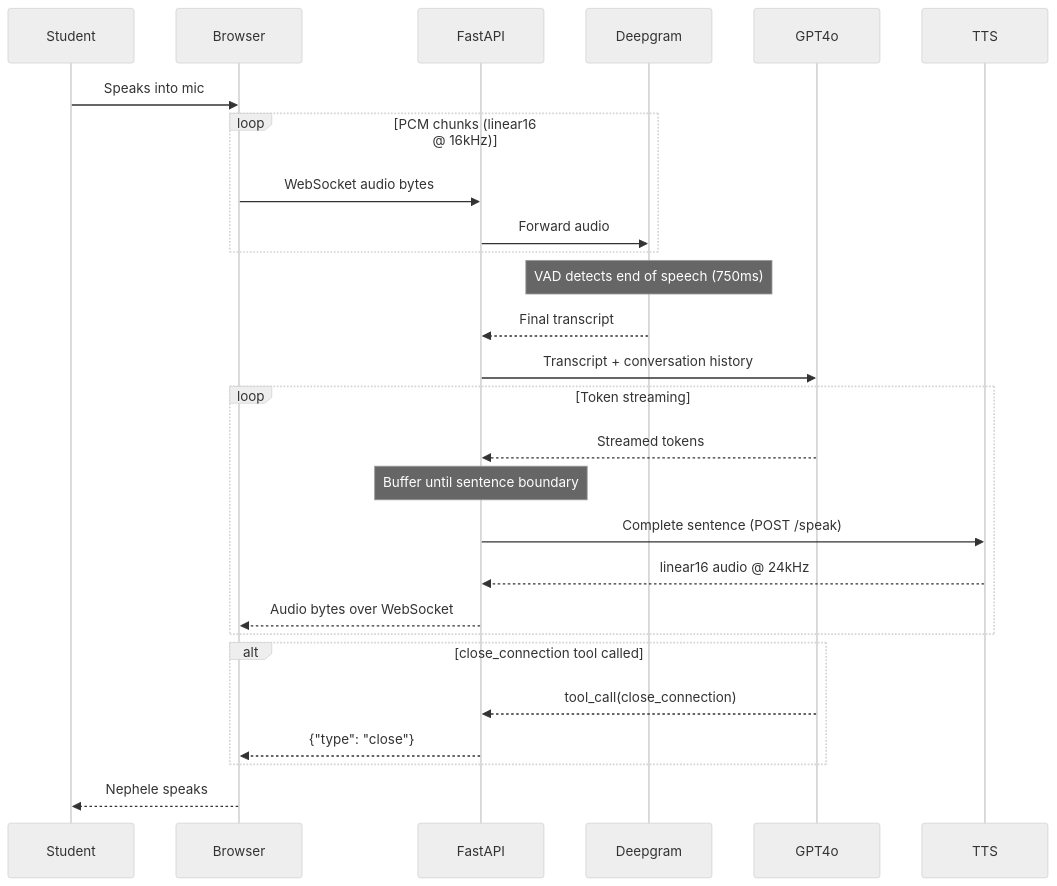
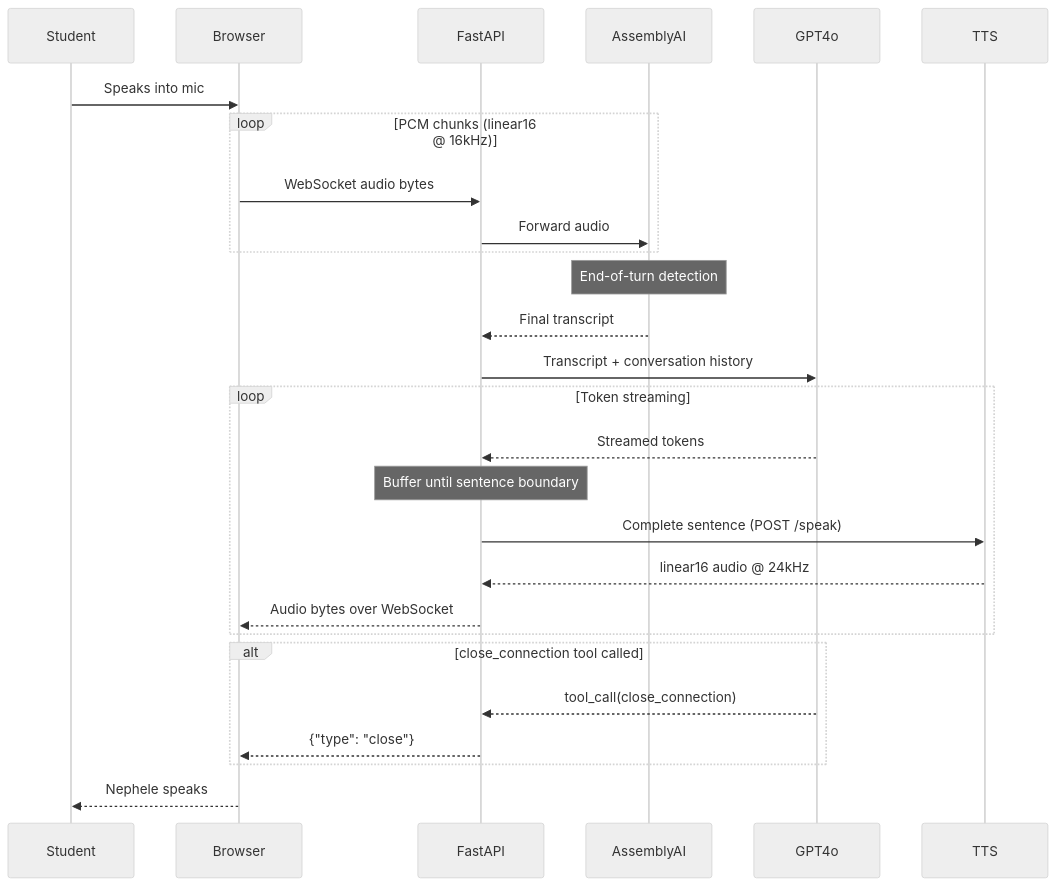
The diagram in README.md (codesbysaravana/nephele_production), drawn with Mermaid (neutral theme) before and after one commit. The commit also changed other lines of this file and 1 other file, not shown here.

First line of the commit message:
Port voice STT to AssemblyAI; backend moves to Railway (#2)

````diff
--- a/README.md
+++ b/README.md
@@ -49,34 +53,34 @@
 ```mermaid
 sequenceDiagram
     participant Student
     participant Browser
     participant FastAPI
-    participant Deepgram
+    participant AssemblyAI
     participant GPT4o
     participant TTS
 
     Student->>Browser: Speaks into mic
     loop PCM chunks (linear16 @ 16kHz)
         Browser->>FastAPI: WebSocket audio bytes
-        FastAPI->>Deepgram: Forward audio
+        FastAPI->>AssemblyAI: Forward audio
     end
 
-    Note over Deepgram: VAD detects end of speech (750ms)
-    Deepgram-->>FastAPI: Final transcript
+    Note over AssemblyAI: End-of-turn detection
+    AssemblyAI-->>FastAPI: Final transcript
 
     FastAPI->>GPT4o: Transcript + conversation history
     loop Token streaming
         GPT4o-->>FastAPI: Streamed tokens
         Note over FastAPI: Buffer until sentence boundary
         FastAPI->>TTS: Complete sentence (POST /speak)
         TTS-->>FastAPI: linear16 audio @ 24kHz
         FastAPI-->>Browser: Audio bytes over WebSocket
     end
 
     alt close_connection tool called
         GPT4o-->>FastAPI: tool_call(close_connection)
         FastAPI-->>Browser: {"type": "close"}
     end
 
     Browser-->>Student: Nephele speaks
 ```
````
